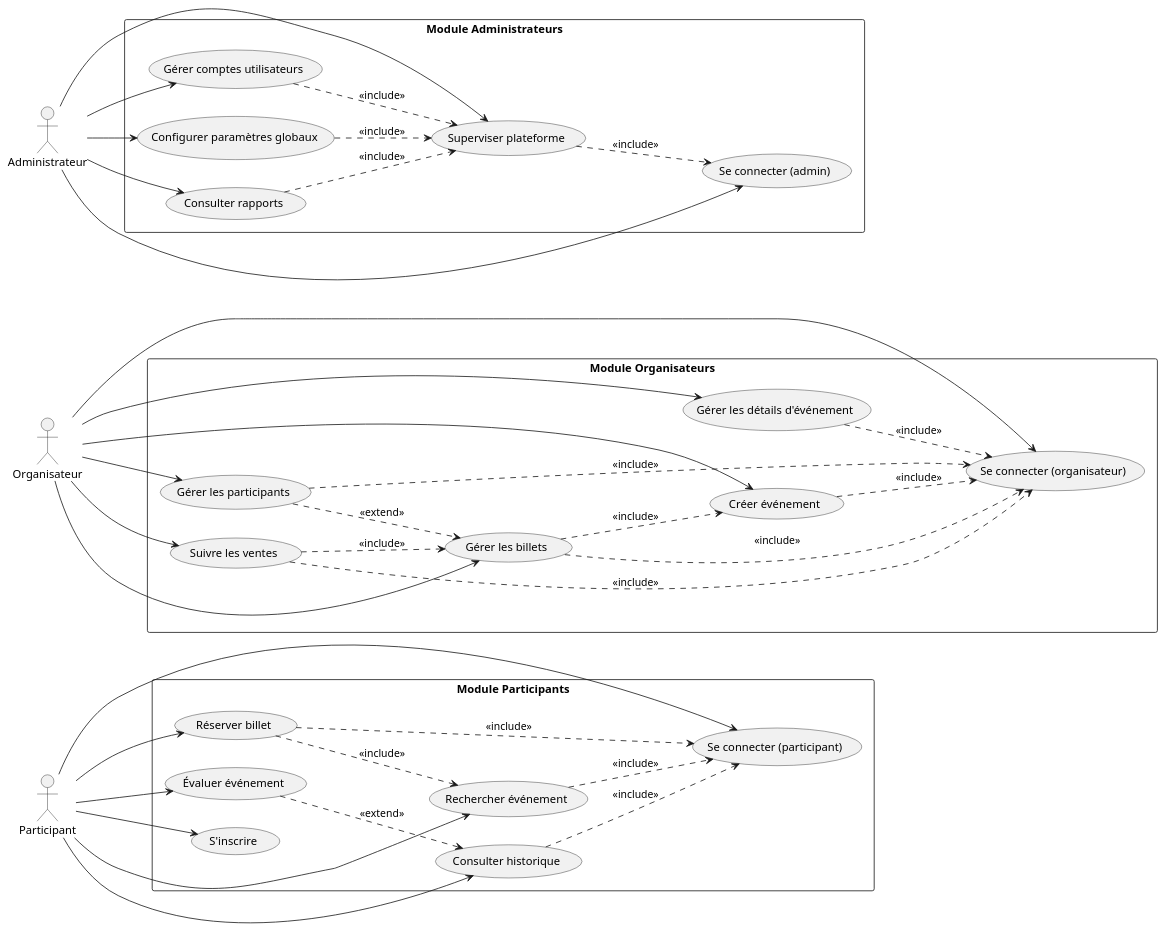
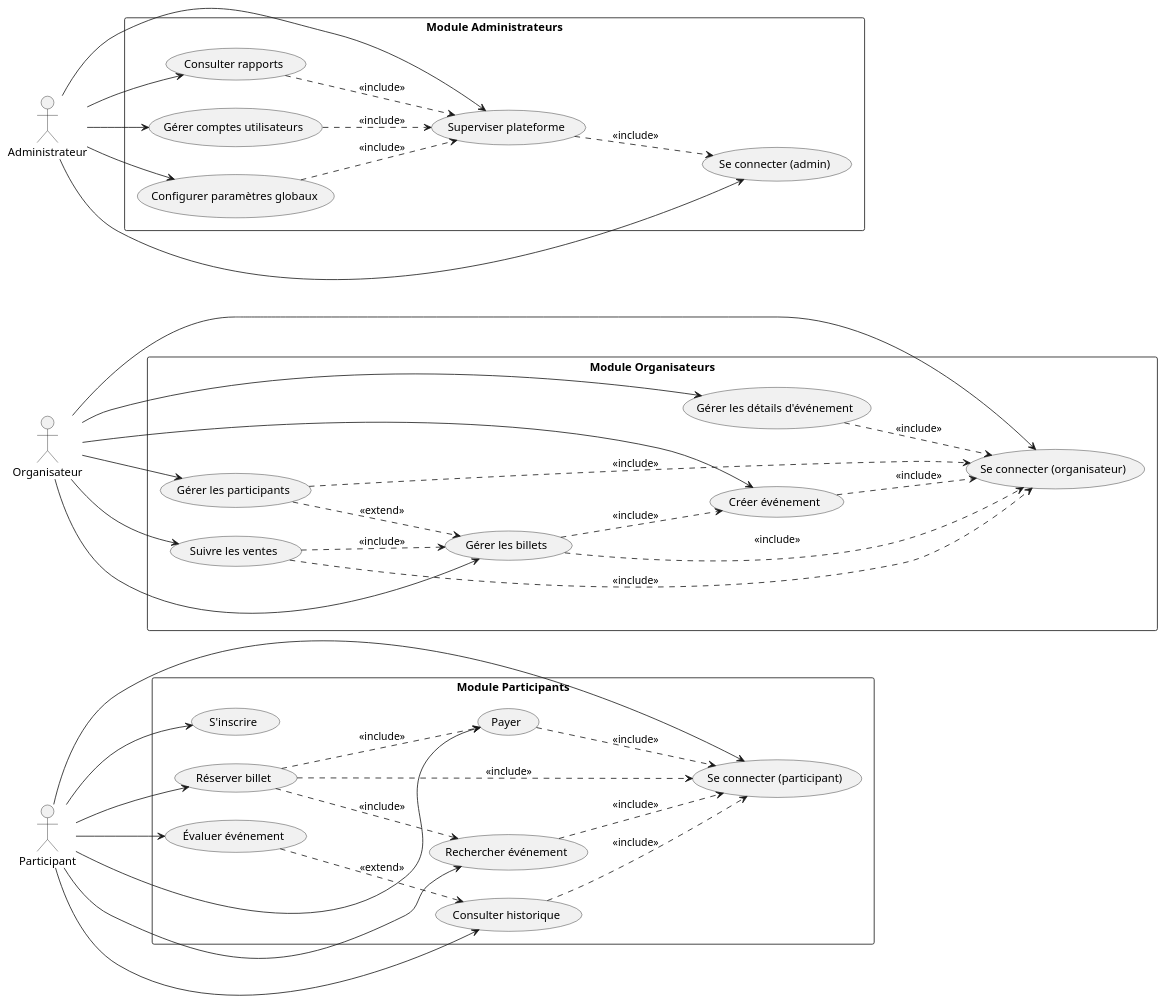
The diagram in training/methodologie1/diagramme cas utilisation.md (Vaalley/eventhub), drawn with PlantUML before and after one commit. The commit also changed 1 other file, not shown here.

Commit message:
✨ feat: add activity diagram for ticket booking flow

````diff
--- a/training/methodologie1/diagramme cas utilisation.md
+++ b/training/methodologie1/diagramme cas utilisation.md
@@ -5,76 +5,80 @@
 ```plantuml
 @startuml
 left to right direction
 
 actor "Participant" as Participant
 actor "Organisateur" as Organisateur
 actor "Administrateur" as Administrateur
 
 rectangle "Module Participants" {
   usecase "S'inscrire" as UCRegister
   usecase "Se connecter (participant)" as UCLoginParticipant
   usecase "Rechercher événement" as UCSearch
   usecase "Réserver billet" as UCBook
+  usecase "Payer" as UCPay
   usecase "Consulter historique" as UCHistory
   usecase "Évaluer événement" as UCRate
 }
 
 rectangle "Module Organisateurs" {
   usecase "Se connecter (organisateur)" as UCLoginOrganizer
   usecase "Créer événement" as UCCreate
   usecase "Gérer les détails d'événement" as UCManageDetails
   usecase "Gérer les billets" as UCTickets
   usecase "Suivre les ventes" as UCSales
   usecase "Gérer les participants" as UCManageParticipants
 }
 
 rectangle "Module Administrateurs" {
   usecase "Se connecter (admin)" as UCLoginAdmin
   usecase "Superviser plateforme" as UCSupervise
   usecase "Gérer comptes utilisateurs" as UCManageAccounts
   usecase "Configurer paramètres globaux" as UCConfigure
   usecase "Consulter rapports" as UCReports
 }
 
 Participant --> UCRegister
 Participant --> UCLoginParticipant
 Participant --> UCSearch
 Participant --> UCBook
+Participant --> UCPay
 Participant --> UCHistory
 Participant --> UCRate
 
 Organisateur --> UCLoginOrganizer
 Organisateur --> UCCreate
 Organisateur --> UCManageDetails
 Organisateur --> UCTickets
 Organisateur --> UCSales
 Organisateur --> UCManageParticipants
 
 Administrateur --> UCLoginAdmin
 Administrateur --> UCSupervise
 Administrateur --> UCManageAccounts
 Administrateur --> UCConfigure
 Administrateur --> UCReports
 
 UCBook ..> UCLoginParticipant : <<include>>
 UCBook ..> UCSearch : <<include>>
 UCHistory ..> UCLoginParticipant : <<include>>
 UCRate ..> UCHistory : <<extend>>
 UCSearch ..> UCLoginParticipant : <<include>>
+UCBook ..> UCPay : <<include>>
+UCPay ..> UCLoginParticipant : <<include>>
 
 UCCreate ..> UCLoginOrganizer : <<include>>
 UCManageDetails ..> UCLoginOrganizer : <<include>>
 UCTickets ..> UCLoginOrganizer : <<include>>
 UCManageParticipants ..> UCLoginOrganizer : <<include>>
 UCSales ..> UCLoginOrganizer : <<include>>
 
 UCTickets ..> UCCreate : <<include>>
 UCManageParticipants ..> UCTickets : <<extend>>
 UCSales ..> UCTickets : <<include>>
 
 UCSupervise ..> UCLoginAdmin : <<include>>
 UCManageAccounts ..> UCSupervise : <<include>>
 UCConfigure ..> UCSupervise : <<include>>
 UCReports ..> UCSupervise : <<include>>
 @enduml
 ```
````
